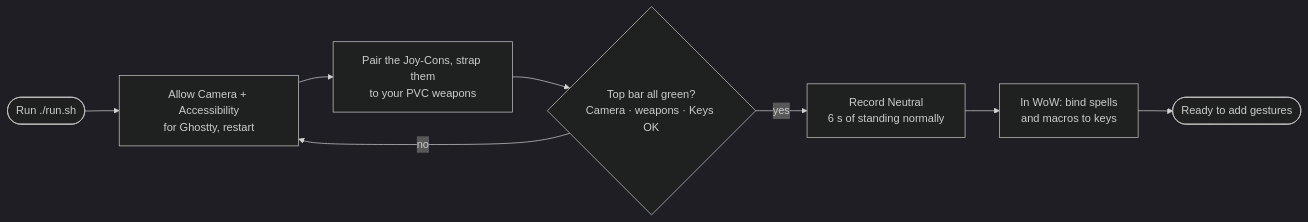
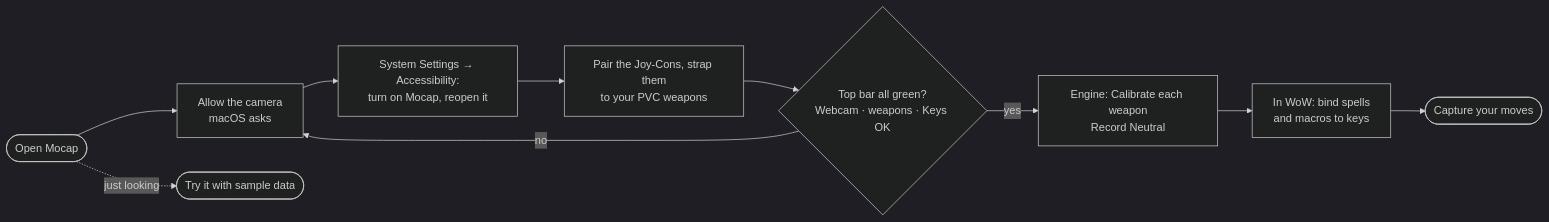
One commit to Gordoburrito/mocap-wow changed the third of 8 diagrams in docs/user-flows.md. Above: the diagram before and after it, drawn with Mermaid (dark theme). The commit also changed other lines of this file and 14 other files, not shown here.

````diff
--- a/docs/user-flows.md
+++ b/docs/user-flows.md
@@ -8,10 +71,12 @@
 ```mermaid
 flowchart LR
-    A([Run ./run.sh]) --> B[Allow Camera + Accessibility<br/>for Ghostty, restart]
-    B --> C[Pair the Joy-Cons, strap them<br/>to your PVC weapons]
-    C --> D{Top bar all green?<br/>Camera · weapons · Keys OK}
-    D -- no --> B
-    D -- yes --> E[Record Neutral<br/>6 s of standing normally]
-    E --> F[In WoW: bind spells<br/>and macros to keys]
-    F --> G([Ready to add gestures])
+    A([Open Mocap]) --> B[Allow the camera<br/>macOS asks]
+    B --> C[System Settings → Accessibility:<br/>turn on Mocap, reopen it]
+    C --> D[Pair the Joy-Cons, strap them<br/>to your PVC weapons]
+    D --> E{Top bar all green?<br/>Webcam · weapons · Keys OK}
+    E -- no --> B
+    E -- yes --> F[Engine: Calibrate each weapon<br/>Record Neutral]
+    F --> G[In WoW: bind spells<br/>and macros to keys]
+    G --> H([Capture your moves])
+    A -. just looking .-> Demo([Try it with sample data])
 ```
````
